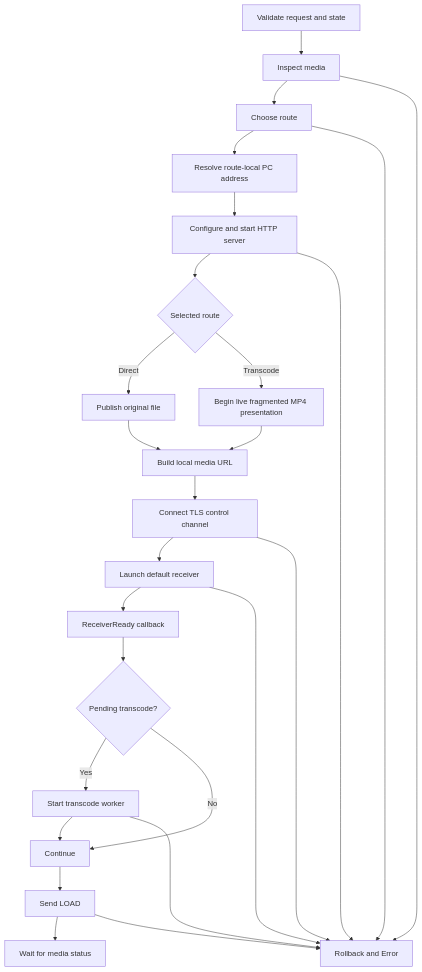
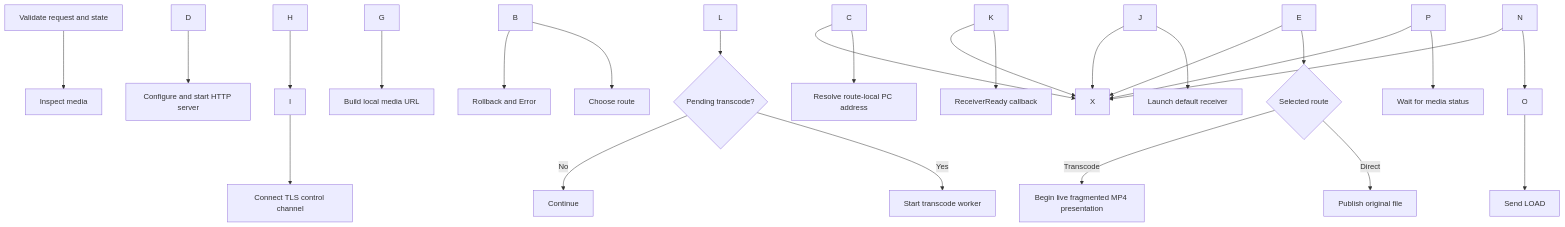
The tenth of 10 diagrams in MfPack/Samples/MfPlayer X2/Docs/MfPlayer_X2_Architecture_and_Chromecast.md (FactoryXCode/MfPack), drawn with Mermaid before and after one commit. The commit also changed other lines of this file and 10 other files, not shown here.

````diff
--- a/MfPack/Samples/MfPlayer X2/Docs/MfPlayer_X2_Architecture_and_Chromecast.md
+++ b/MfPack/Samples/MfPlayer X2/Docs/MfPlayer_X2_Architecture_and_Chromecast.md
@@ -1471,29 +1447,29 @@
 ```mermaid
 flowchart TD
-    A[Validate request and state] --> B[Inspect media]
-    B --> C[Choose route]
-    C --> D[Resolve route-local PC address]
-    D --> E[Configure and start HTTP server]
+    A\[Validate request and state] --> B\[Inspect media]
+    B --> C\[Choose route]
+    C --> D\[Resolve route-local PC address]
+    D --> E\[Configure and start HTTP server]
     E --> F{Selected route}
-    F -->|Direct| G[Publish original file]
-    F -->|Transcode| H[Begin live fragmented MP4 presentation]
-    G --> I[Build local media URL]
+    F -->|Direct| G\[Publish original file]
+    F -->|Transcode| H\[Begin live fragmented MP4 presentation]
+    G --> I\[Build local media URL]
     H --> I
-    I --> J[Connect TLS control channel]
-    J --> K[Launch default receiver]
-    K --> L[ReceiverReady callback]
+    I --> J\[Connect TLS control channel]
+    J --> K\[Launch default receiver]
+    K --> L\[ReceiverReady callback]
     L --> M{Pending transcode?}
-    M -->|Yes| N[Start transcode worker]
-    M -->|No| O[Continue]
+    M -->|Yes| N\[Start transcode worker]
+    M -->|No| O\[Continue]
     N --> O
-    O --> P[Send LOAD]
-    P --> Q[Wait for media status]
+    O --> P\[Send LOAD]
+    P --> Q\[Wait for media status]
 
-    B --> X[Rollback and Error]
+    B --> X\[Rollback and Error]
     C --> X
     E --> X
     J --> X
     K --> X
     N --> X
     P --> X
 ```
````
